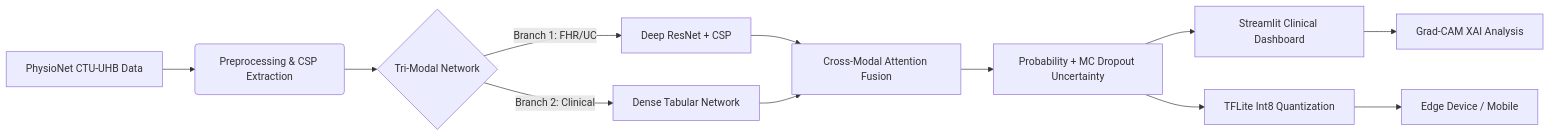
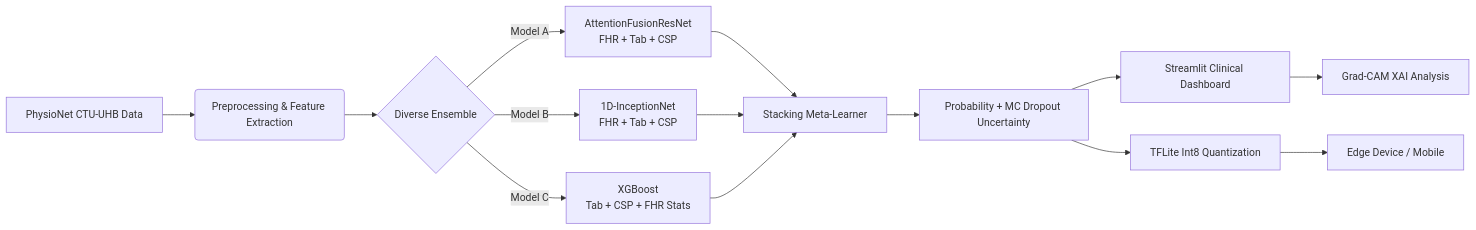
Before and after one commit to Krishna200608/NeuroFetal-AI: the diagram in README.MD, drawn with Mermaid. The commit also changed other lines of this file and 2 other files, not shown here.

Commit message:
feat: Implement NeuroFetal AI clinical monitoring Streamlit application with real-time FHR/UC feature extraction and dedicated UI components.

````diff
--- a/README.MD
+++ b/README.MD
@@ -89,13 +100,14 @@
 ```mermaid
 graph LR
-    A[PhysioNet CTU-UHB Data] --> B(Preprocessing & CSP Extraction);
-    B --> C{Tri-Modal Network};
-    C -->|Branch 1: FHR/UC| D[Deep ResNet + CSP];
-    C -->|Branch 2: Clinical| E[Dense Tabular Network];
-    D & E --> F[Cross-Modal Attention Fusion];
-    F --> G[Probability + MC Dropout Uncertainty];
-    G --> H[Streamlit Clinical Dashboard];
-    H --> I[Grad-CAM XAI Analysis];
-    G --> J[TFLite Int8 Quantization];
-    J --> K[Edge Device / Mobile];
+    A[PhysioNet CTU-UHB Data] --> B(Preprocessing & Feature Extraction);
+    B --> C{Diverse Ensemble};
+    C -->|Model A| D[AttentionFusionResNet<br>FHR + Tab + CSP];
+    C -->|Model B| E[1D-InceptionNet<br>FHR + Tab + CSP];
+    C -->|Model C| F[XGBoost<br>Tab + CSP + FHR Stats];
+    D & E & F --> G[Stacking Meta-Learner];
+    G --> H[Probability + MC Dropout Uncertainty];
+    H --> I[Streamlit Clinical Dashboard];
+    I --> J[Grad-CAM XAI Analysis];
+    H --> K[TFLite Int8 Quantization];
+    K --> L[Edge Device / Mobile];
 ```
````
